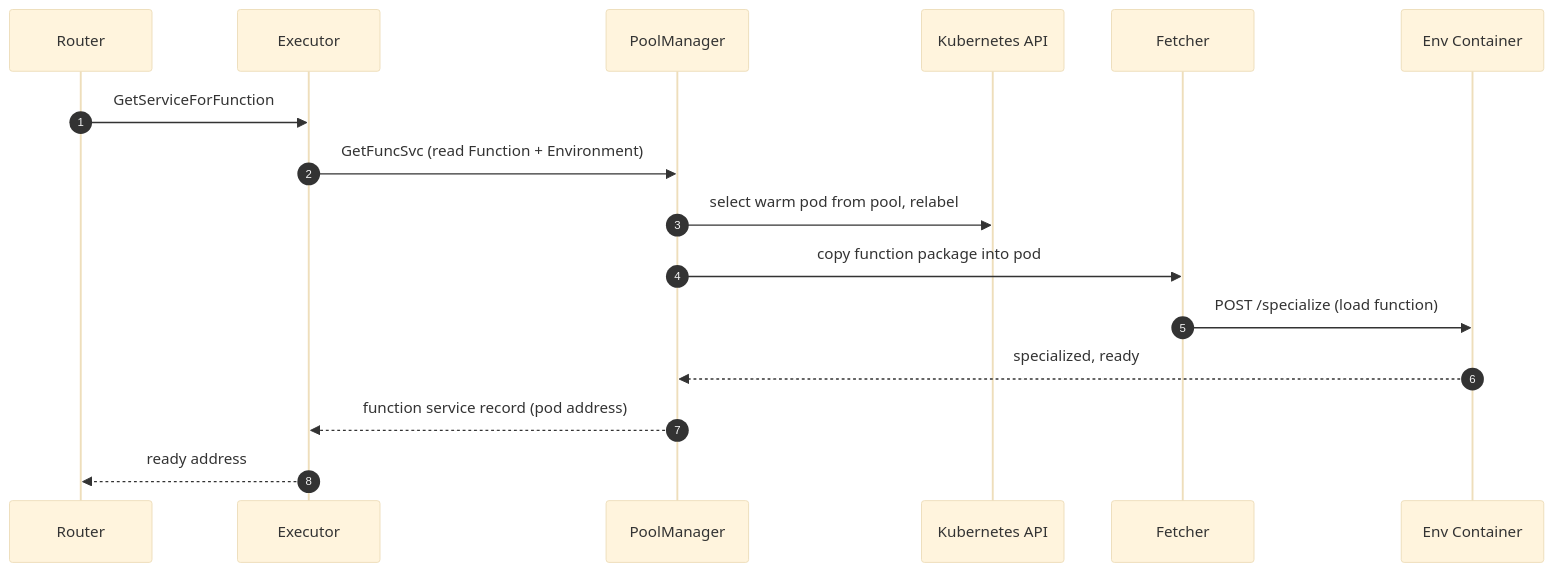
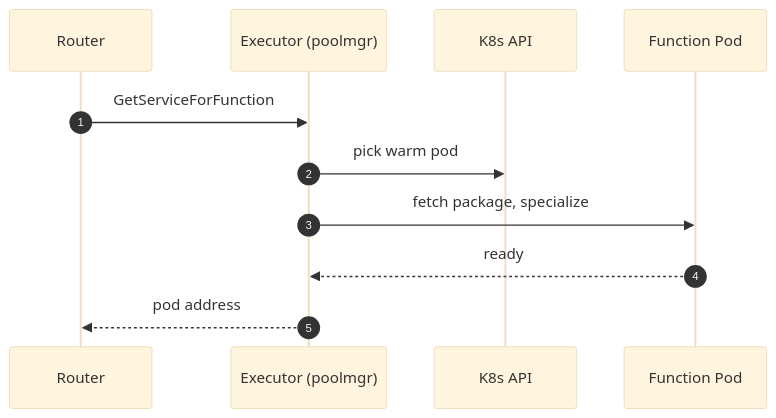
The diagram in content/en/docs/architecture/executor.md (fission/fission.io), drawn with Mermaid (base theme) before and after one commit. The commit also changed 23 other files, not shown here.

First line of the commit message:
Make diagrams readable inline: compact TB layouts, bold crimson step numbers

````diff
--- a/content/en/docs/architecture/executor.md
+++ b/content/en/docs/architecture/executor.md
@@ -63,18 +63,13 @@
 ```mermaid
 sequenceDiagram
   autonumber
-  participant Router
-  participant Executor
-  participant PoolMgr as PoolManager
-  participant K8s as Kubernetes API
-  participant Fetcher
-  participant Env as Env Container
-  Router->>Executor: GetServiceForFunction
-  Executor->>PoolMgr: GetFuncSvc (read Function + Environment)
-  PoolMgr->>K8s: select warm pod from pool, relabel
-  PoolMgr->>Fetcher: copy function package into pod
-  Fetcher->>Env: POST /specialize (load function)
-  Env-->>PoolMgr: specialized, ready
-  PoolMgr-->>Executor: function service record (pod address)
-  Executor-->>Router: ready address
+  participant R as Router
+  participant E as Executor (poolmgr)
+  participant K as K8s API
+  participant P as Function Pod
+  R->>E: GetServiceForFunction
+  E->>K: pick warm pod
+  E->>P: fetch package, specialize
+  P-->>E: ready
+  E-->>R: pod address
 ```
````
